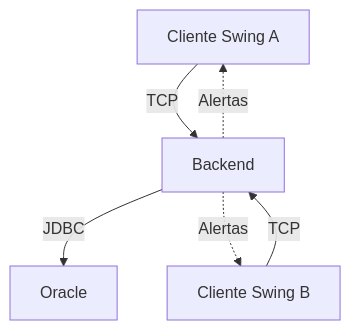
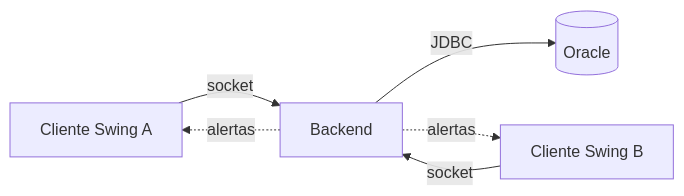
One commit to stevee84/ProyectoP31 changed the diagram in README.md. Above: the diagram before and after it, drawn with Mermaid. The commit also changed other lines of this file and 1 other file, not shown here.

````diff
--- a/README.md
+++ b/README.md
@@ -48,8 +114,8 @@
 ```mermaid
-flowchart TD
-    A[Cliente Swing A] -->|TCP| S[Backend]
-    B[Cliente Swing B] -->|TCP| S
-    S -->|JDBC| O[Oracle]
-    S -. Alertas .-> A
-    S -. Alertas .-> B
+flowchart LR
+    A[Cliente Swing A] -->|socket| S[Backend]
+    B[Cliente Swing B] -->|socket| S
+    S -->|JDBC| O[(Oracle)]
+    S -. alertas .-> A
+    S -. alertas .-> B
 ```
````
